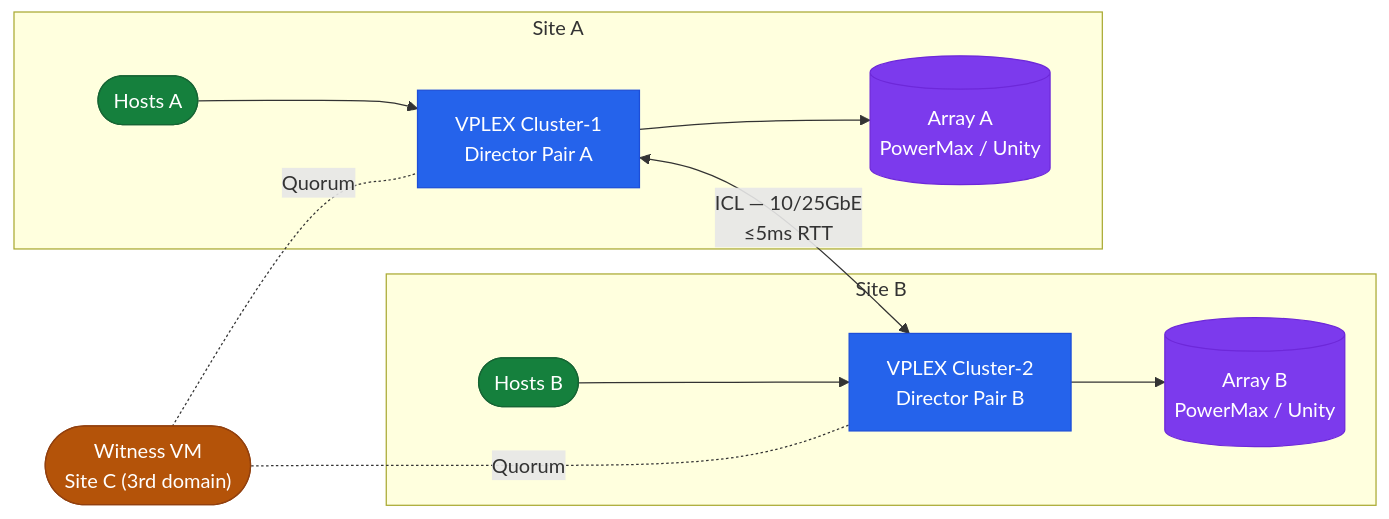
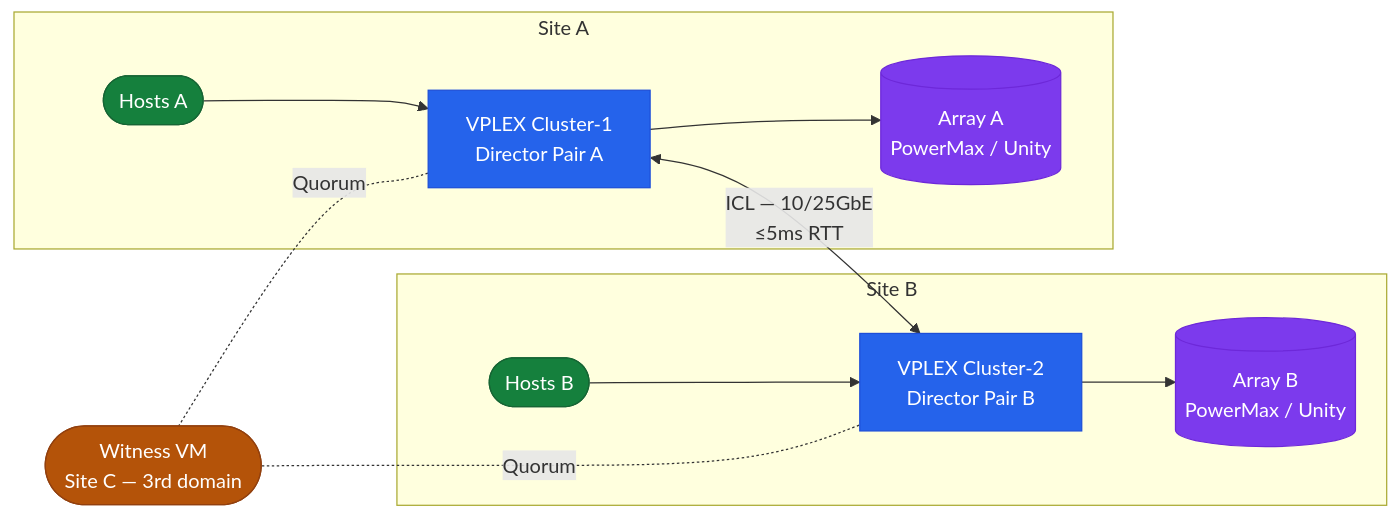
One commit to canast01/chris-kb changed the diagram in docs/storage/dell/vplex/architecture/index.md. Above: the diagram before and after it, drawn with Mermaid. The commit also changed other lines of this file and 35 other files, not shown here.

````diff
--- a/docs/storage/dell/vplex/architecture/index.md
+++ b/docs/storage/dell/vplex/architecture/index.md
@@ -51,23 +35,23 @@
 ```mermaid
 graph LR
-  W(["Witness VM\nSite C (3rd domain)"])
+  W(["Witness VM\nSite C — 3rd domain"])
   subgraph "Site A"
     HA(["Hosts A"]) --> DIR_A["VPLEX Cluster-1\nDirector Pair A"]
     DIR_A --> STG_A[("Array A\nPowerMax / Unity")]
   end
   subgraph "Site B"
     HB(["Hosts B"]) --> DIR_B["VPLEX Cluster-2\nDirector Pair B"]
     DIR_B --> STG_B[("Array B\nPowerMax / Unity")]
   end
   DIR_A <-->|"ICL — 10/25GbE\n≤5ms RTT"| DIR_B
   W -. "Quorum" .- DIR_A
   W -. "Quorum" .- DIR_B
   classDef ctrl fill:#2563eb,stroke:#1d4ed8,color:#fff
   classDef store fill:#7c3aed,stroke:#6d28d9,color:#fff
   classDef host fill:#15803d,stroke:#166534,color:#fff
   classDef wit fill:#b45309,stroke:#92400e,color:#fff
   class DIR_A,DIR_B ctrl
   class STG_A,STG_B store
   class HA,HB host
   class W wit
 ```
````
